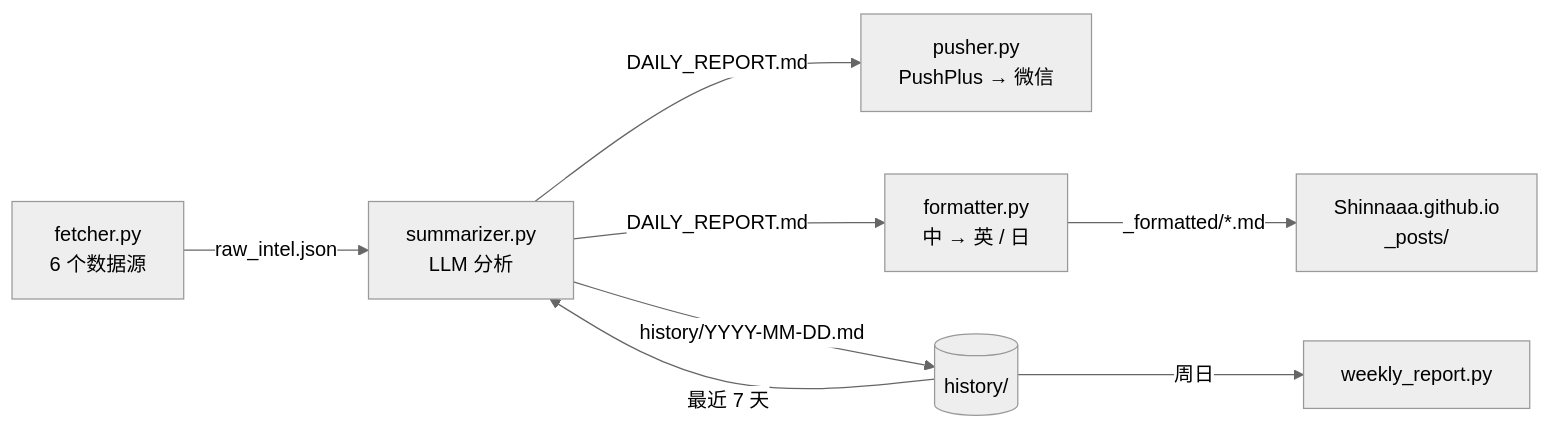
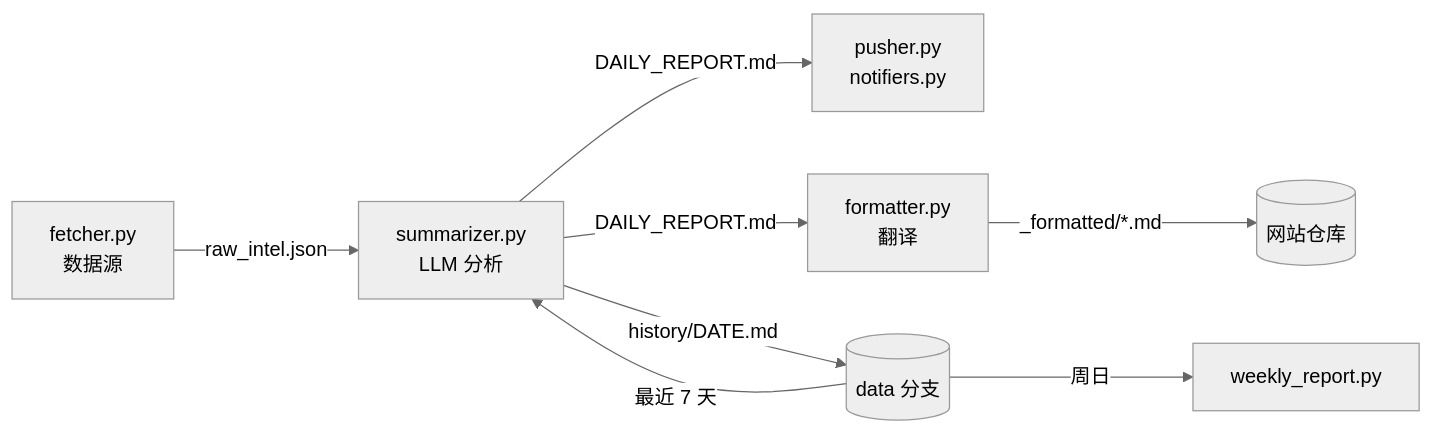
Before and after one commit to Shinnaaa/TechTrend: the diagram in README.zh-CN.md, drawn with Mermaid (neutral theme). The commit also changed other lines of this file and 228 other files, not shown here.

````diff
--- a/README.zh-CN.md
+++ b/README.zh-CN.md
@@ -51,10 +167,10 @@
 ```mermaid
 flowchart LR
-    A[fetcher.py<br>6 个数据源] -->|raw_intel.json| B[summarizer.py<br>LLM 分析]
-    B -->|DAILY_REPORT.md| C[pusher.py<br>PushPlus → 微信]
-    B -->|DAILY_REPORT.md| D[formatter.py<br>中 → 英 / 日]
-    D -->|_formatted/*.md| E[Shinnaaa.github.io<br>_posts/]
-    B -->|history/YYYY-MM-DD.md| F[(history/)]
+    A[fetcher.py<br>数据源] -->|raw_intel.json| B[summarizer.py<br>LLM 分析]
+    B -->|DAILY_REPORT.md| C[pusher.py<br>notifiers.py]
+    B -->|DAILY_REPORT.md| D[formatter.py<br>翻译]
+    D -->|_formatted/*.md| E[(网站仓库)]
+    B -->|history/DATE.md| F[(data 分支)]
     F -->|最近 7 天| B
     F -->|周日| G[weekly_report.py]
 ```
````
